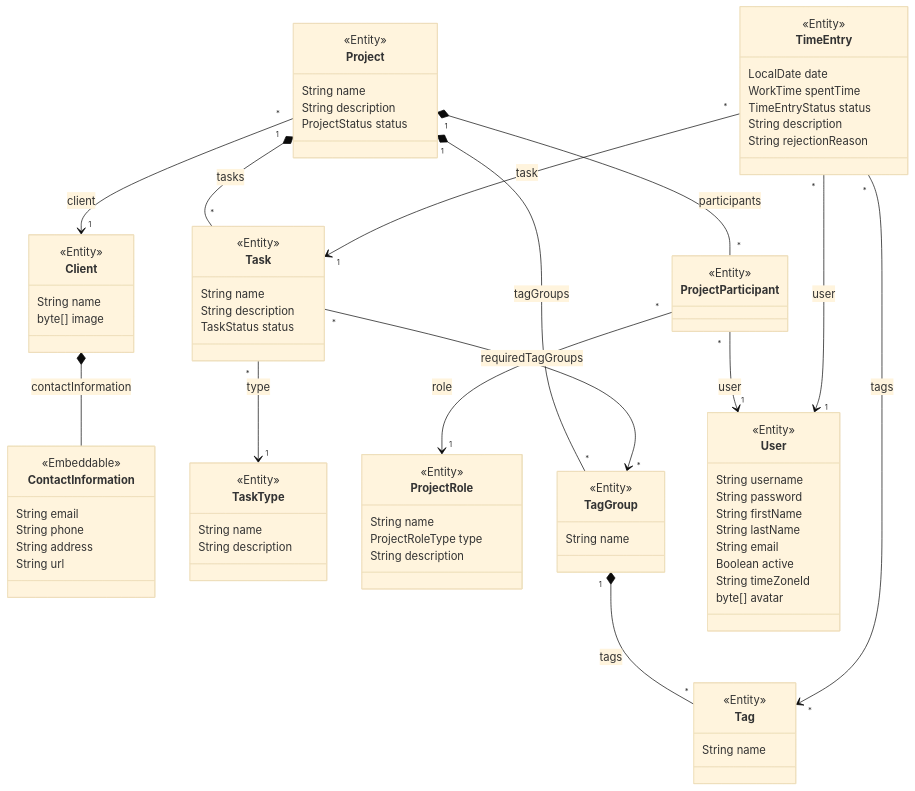
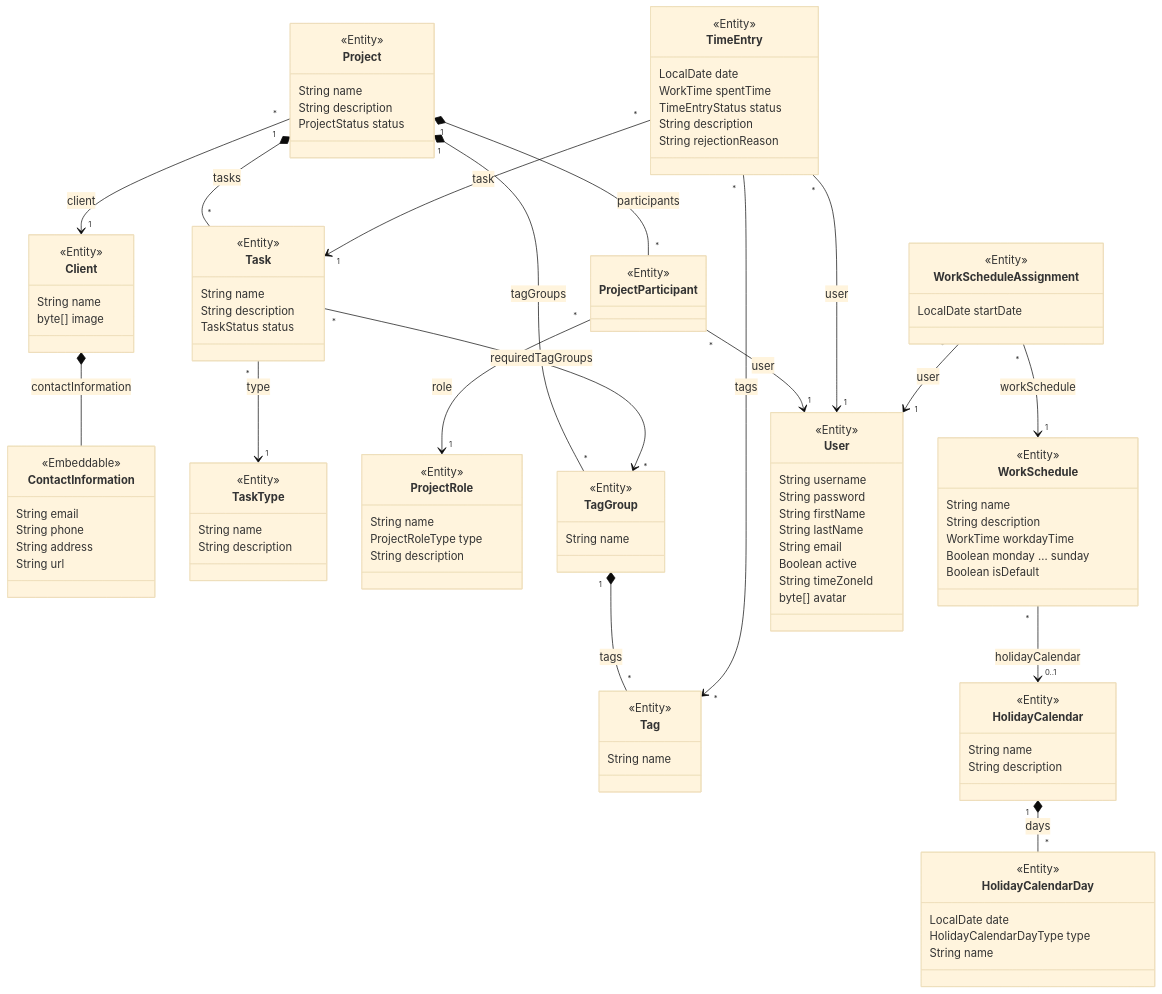
The diagram in docs/specs/data-model/README.md (glebfox/timesheets), drawn with Mermaid (base theme) before and after one commit. The commit also changed other lines of this file and 28 other files, not shown here.

Commit message:
feat: model work schedules and holiday calendars (#32)

````diff
--- a/docs/specs/data-model/README.md
+++ b/docs/specs/data-model/README.md
@@ -62,6 +62,29 @@
         String description
         String rejectionReason
     }
+    class WorkSchedule {
+        <<Entity>>
+        String name
+        String description
+        WorkTime workdayTime
+        Boolean monday … sunday
+        Boolean isDefault
+    }
+    class WorkScheduleAssignment {
+        <<Entity>>
+        LocalDate startDate
+    }
+    class HolidayCalendar {
+        <<Entity>>
+        String name
+        String description
+    }
+    class HolidayCalendarDay {
+        <<Entity>>
+        LocalDate date
+        HolidayCalendarDayType type
+        String name
+    }
     class User {
         <<Entity>>
         String username
@@ -87,4 +110,8 @@
     TimeEntry "*" --> "1" Task : task
     TimeEntry "*" --> "1" User : user
     TimeEntry "*" --> "*" Tag : tags
+    WorkScheduleAssignment "*" --> "1" User : user
+    WorkScheduleAssignment "*" --> "1" WorkSchedule : workSchedule
+    WorkSchedule "*" --> "0..1" HolidayCalendar : holidayCalendar
+    HolidayCalendar "1" *-- "*" HolidayCalendarDay : days
 ```
````
